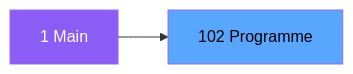
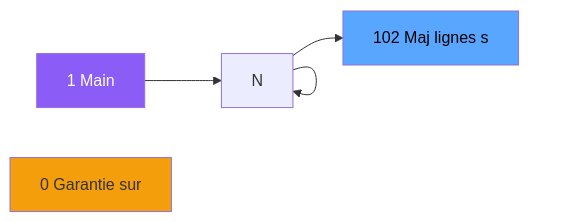
One commit to thonyAGP/magic-migration changed the second of 3 diagrams in .openspec/specs/ADH-IDE-102.md. Above: the diagram before and after it, drawn with Mermaid. The commit also changed other lines of this file and 323 other files, not shown here.

````diff
--- a/.openspec/specs/ADH-IDE-102.md
+++ b/.openspec/specs/ADH-IDE-102.md
@@ -101,8 +121,13 @@
 ```mermaid
 graph LR
     M[1 Main]
-    T[102 Programme]
-    M --> T
+    N0[0 Garantie sur]
+    T[102 Maj lignes s]
+    M --> N
+    N --> N
+    N --> N
+    N --> T
     style M fill:#8b5cf6,color:#fff
+    style N0 fill:#f59e0b
     style T fill:#58a6ff,color:#000
 ```
````
